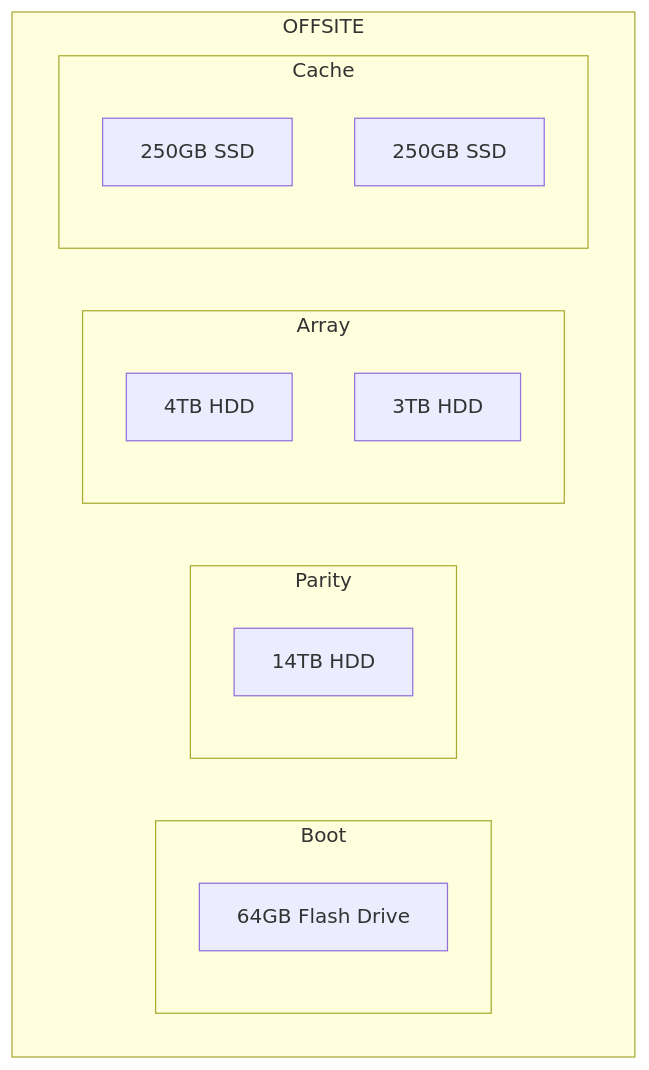
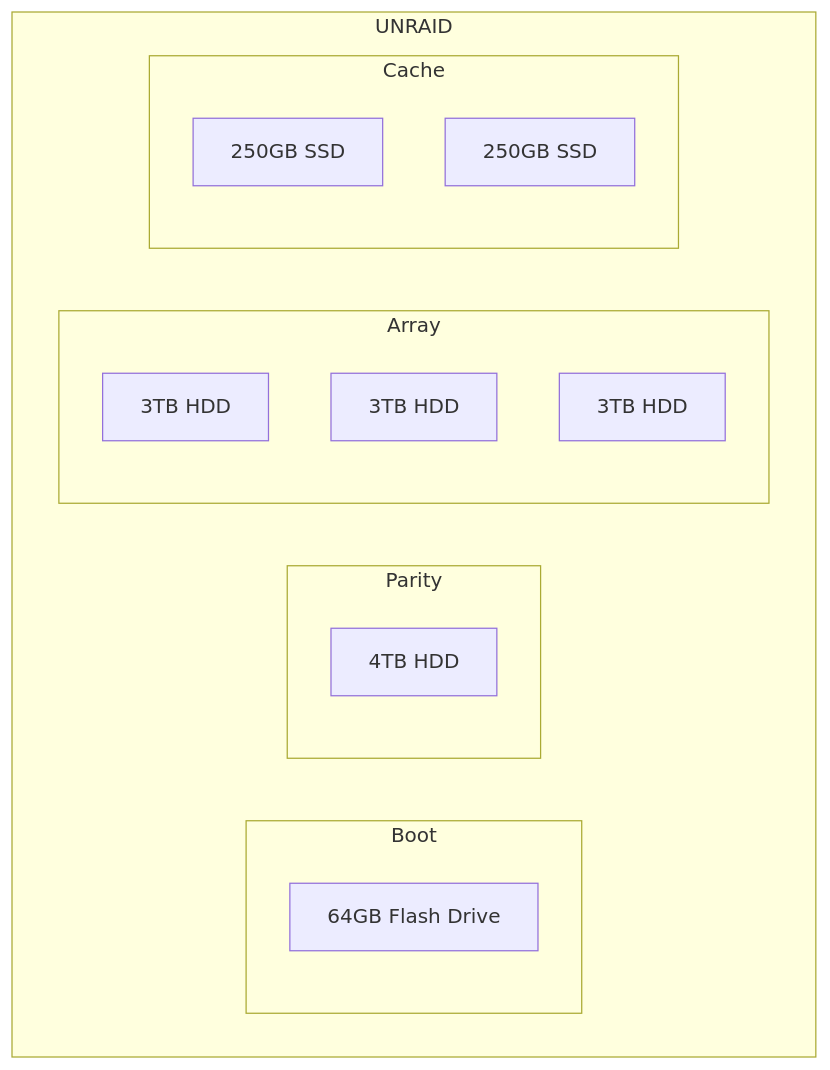
One commit to botkiller/botkiller.github.io changed the second of 4 diagrams in _projects/home_network_setup.md. Above: the diagram before and after it, drawn with Mermaid. The commit also changed other lines of this file and 1 other file, not shown here.

````diff
--- a/_projects/home_network_setup.md
+++ b/_projects/home_network_setup.md
@@ -201,20 +202,21 @@
 ```mermaid
 flowchart TB
-subgraph OFFSITE
+subgraph UNRAID
     subgraph Boot
         usb1[64GB Flash Drive]
     end
 
     subgraph Parity
-        hdd1[14TB HDD]
+        hdd1[4TB HDD]
     end
     subgraph Array
-        hdd2[4TB HDD]
+        hdd2[3TB HDD]
         hdd3[3TB HDD]
+        hdd4[3TB HDD]
     end
     subgraph Cache
         ssd1[250GB SSD]
         ssd2[250GB SSD]
     end
 end
 ```
````
